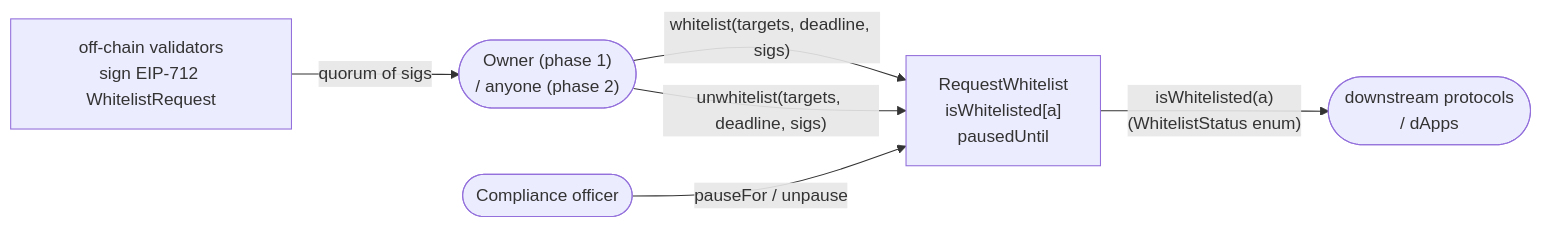
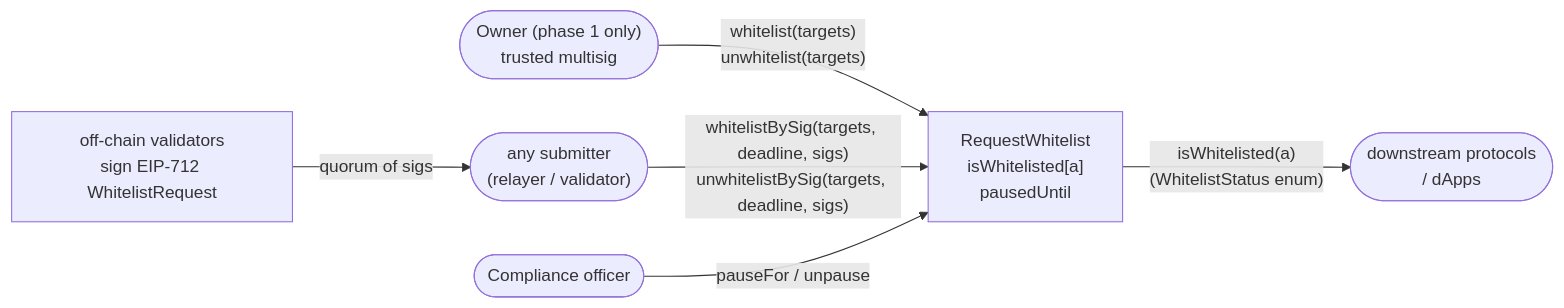
The diagram in README.md (3FLabs/3f-request-whitelist), drawn with Mermaid before and after one commit. The commit also changed other lines of this file and 5 other files, not shown here.

First line of the commit message:
feat: split whitelist into owner-direct and quorum-signed paths (#3)

````diff
--- a/README.md
+++ b/README.md
@@ -16,14 +23,15 @@
 ```mermaid
 flowchart LR
     V["off-chain validators<br/>sign EIP-712 WhitelistRequest"]
-    S(["Owner (phase 1)<br/>/ anyone (phase 2)"])
+    O(["Owner (phase 1 only)<br/>trusted multisig"])
+    R(["any submitter<br/>(relayer / validator)"])
     C(["Compliance officer"])
     WL["RequestWhitelist<br/>isWhitelisted[a]<br/>pausedUntil"]
     D(["downstream protocols<br/>/ dApps"])
 
-    V -- "quorum of sigs" --> S
-    S -- "whitelist(targets, deadline, sigs)" --> WL
-    S -- "unwhitelist(targets, deadline, sigs)" --> WL
+    O -- "whitelist(targets)<br/>unwhitelist(targets)" --> WL
+    V -- "quorum of sigs" --> R
+    R -- "whitelistBySig(targets, deadline, sigs)<br/>unwhitelistBySig(targets, deadline, sigs)" --> WL
     C -- "pauseFor / unpause" --> WL
     WL -- "isWhitelisted(a)<br/>(WhitelistStatus enum)" --> D
 ```
````
